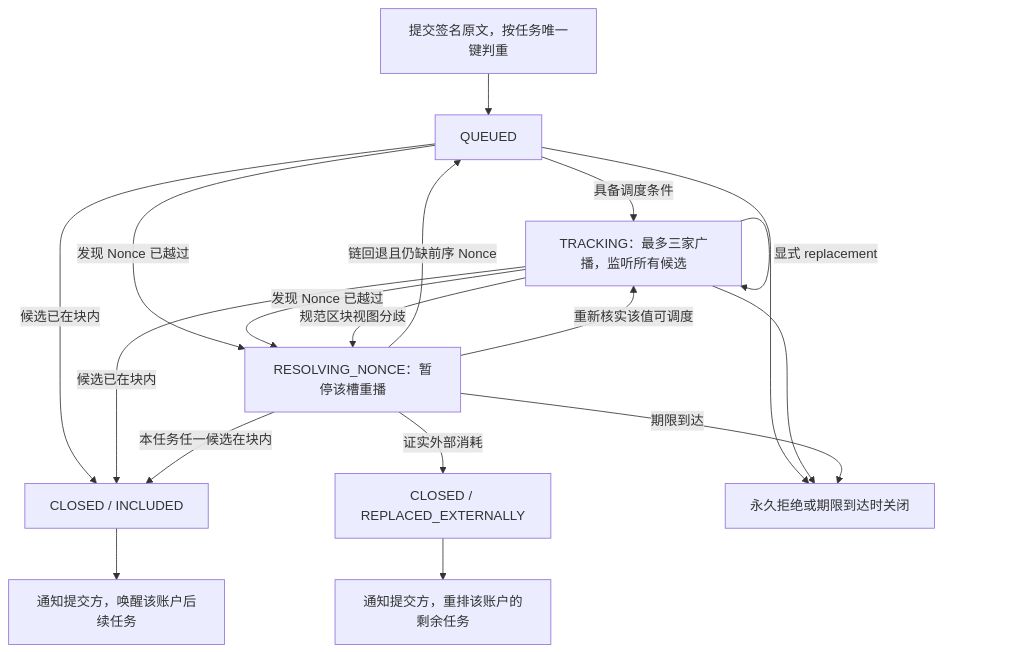
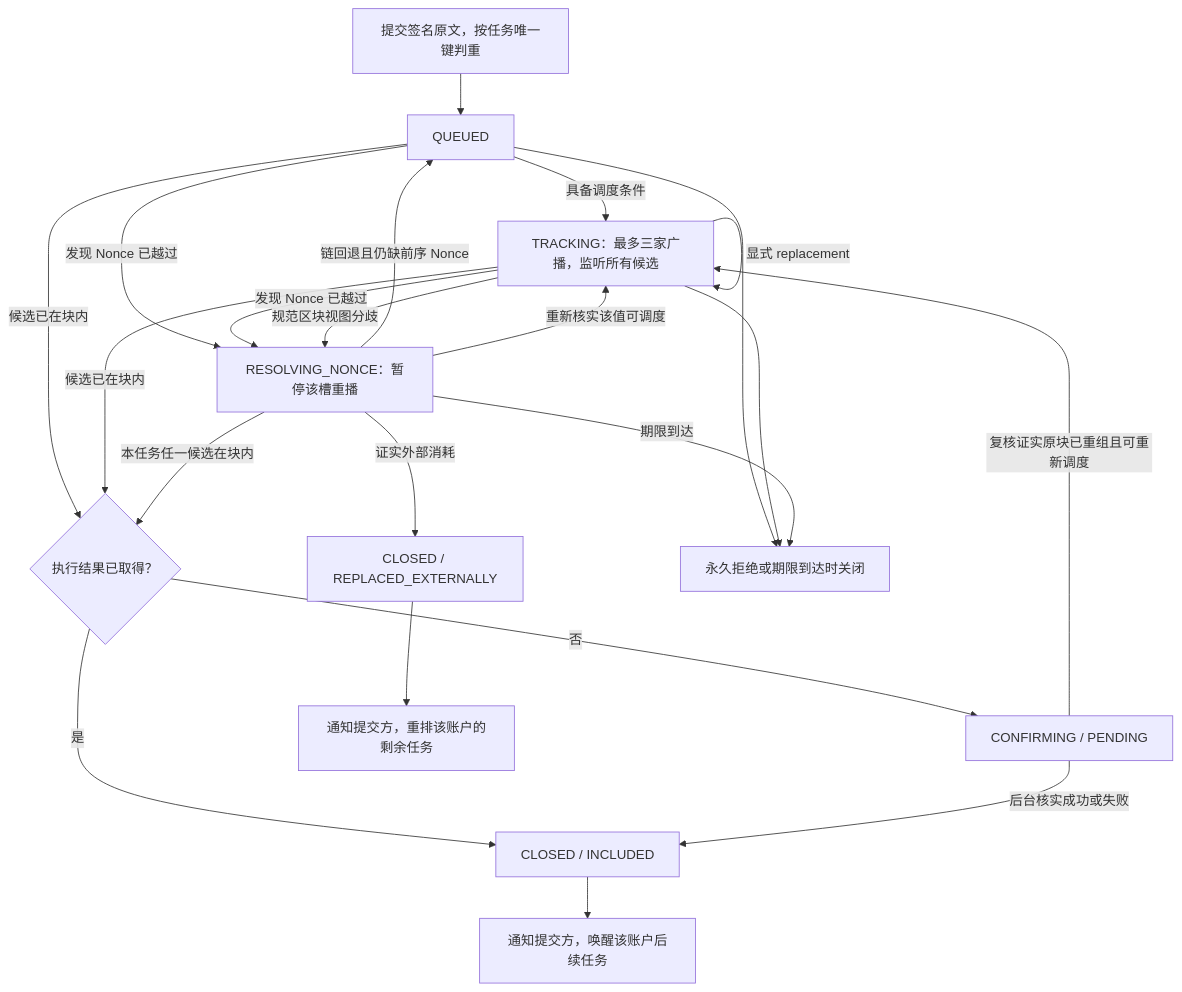
The second of 2 diagrams in docs/api.zh-CN.md (GMWalletApp/Broadcaster), drawn with Mermaid before and after one commit. The commit also changed other lines of this file and 20 other files, not shown here.

```diff
--- a/docs/api.zh-CN.md
+++ b/docs/api.zh-CN.md
@@ -148,20 +173,24 @@
 ~~~mermaid
 flowchart TD
     Submit["提交签名原文，按任务唯一键判重"] --> Q["QUEUED"]
     Q -->|具备调度条件| T["TRACKING：最多三家广播，监听所有候选"]
     T -->|显式 replacement| T
     Q -->|发现 Nonce 已越过| R["RESOLVING_NONCE：暂停该槽重播"]
     T -->|发现 Nonce 已越过| R
     T -->|规范区块视图分歧| R
     R -->|链回退且仍缺前序 Nonce| Q
     R -->|重新核实该值可调度| T
-    Q -->|候选已在块内| I["CLOSED / INCLUDED"]
-    T -->|候选已在块内| I
-    R -->|本任务任一候选在块内| I
+    Q -->|候选已在块内| B{"执行结果已取得？"}
+    B -->|是| I["CLOSED / INCLUDED"]
+    B -->|否| C["CONFIRMING / PENDING"]
+    C -->|后台核实成功或失败| I
+    C -->|复核证实原块已重组且可重新调度| T
+    T -->|候选已在块内| B
+    R -->|本任务任一候选在块内| B
     R -->|证实外部消耗| X["CLOSED / REPLACED_EXTERNALLY"]
     X --> N["通知提交方，重排该账户的剩余任务"]
     I --> A["通知提交方，唤醒该账户后续任务"]
     Q --> E["永久拒绝或期限到达时关闭"]
     T --> E
     R -->|期限到达| E
 ~~~
```
